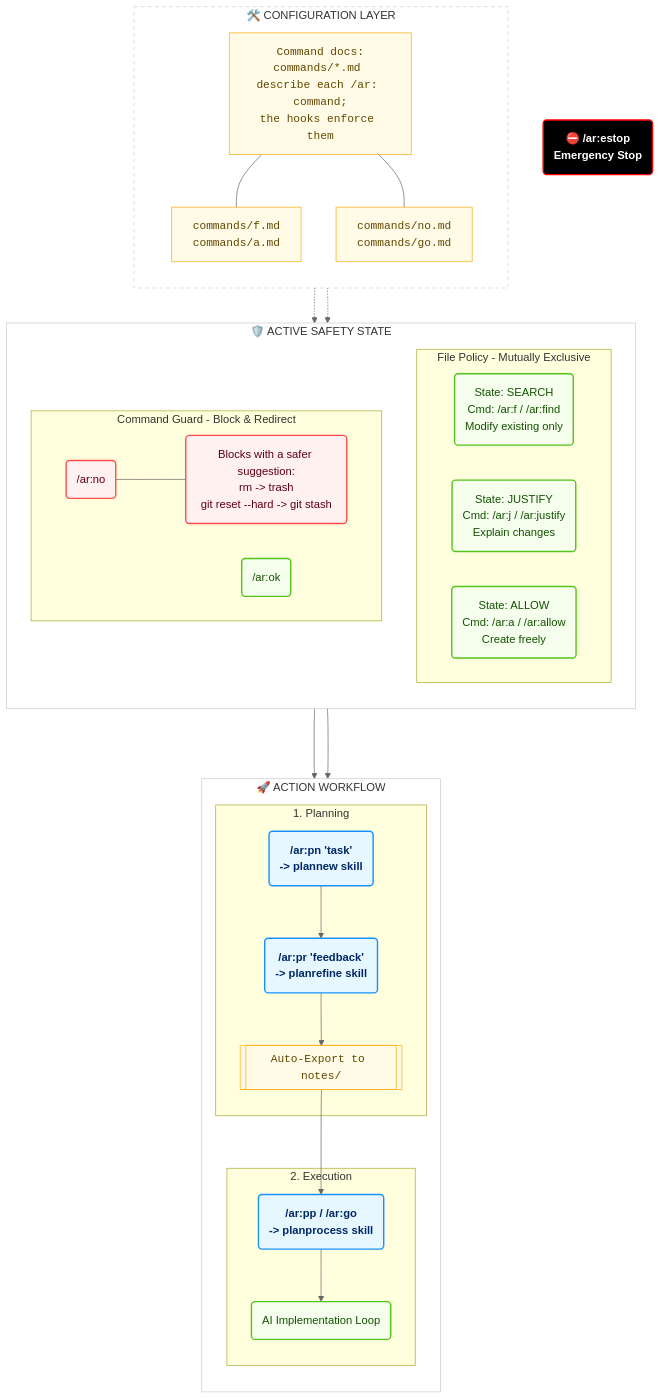
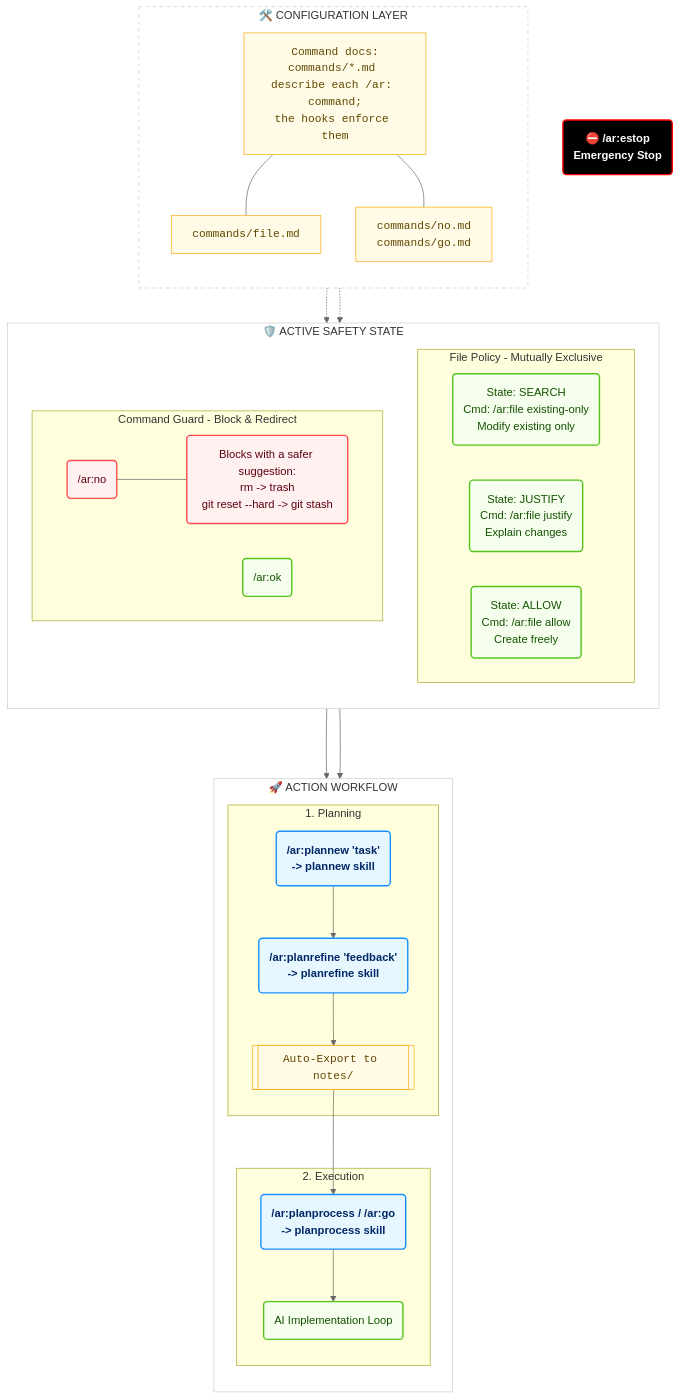
The diagram in autorun-ux.mmd (ahundt/autorun), drawn with Mermaid before and after one commit. The commit also changed 15 other files, not shown here.

```diff
--- a/autorun-ux.mmd
+++ b/autorun-ux.mmd
@@ -1,77 +1,77 @@
 %% Regenerate SVG: npx @mermaid-js/mermaid-cli mmdc -i autorun-ux.mmd -o autorun-ux.svg
 flowchart TD
     %% THEME: Technical, Accurate, Complete
     classDef file fill:#fffbe6,stroke:#faad14,stroke-width:1px,color:#614700,font-family:monospace
     classDef cmd fill:#e6f7ff,stroke:#1890ff,stroke-width:2px,color:#002766,font-weight:bold
     classDef state fill:#f6ffed,stroke:#52c41a,stroke-width:2px,color:#135200
     classDef block fill:#fff1f0,stroke:#ff4d4f,stroke-width:2px,color:#5c0011
     classDef panic fill:#000,stroke:#ff0000,stroke-width:2px,color:#fff,font-weight:bold
 
     %% --- LAYER 1: CONFIGURATION (MD FILES) ---
     subgraph Config [🛠️ CONFIGURATION LAYER]
         direction TB
         Note_MD[Command docs:<br/>commands/*.md describe each /ar: command;<br/>the hooks enforce them]:::file
         
-        Files_Pol[commands/f.md<br/>commands/a.md]:::file
+        Files_Pol[commands/file.md]:::file
         Files_Cmd[commands/no.md<br/>commands/go.md]:::file
         
         Note_MD --- Files_Pol & Files_Cmd
     end
 
     %% --- LAYER 2: ACTIVE SAFETY STATE ---
     subgraph Safety [🛡️ ACTIVE SAFETY STATE]
         direction TB
         
         subgraph File_Pol [File Policy - Mutually Exclusive]
-            P_Find(State: SEARCH<br/>Cmd: /ar:f / /ar:find<br/>Modify existing only):::state
-            P_Just(State: JUSTIFY<br/>Cmd: /ar:j / /ar:justify<br/>Explain changes):::state
-            P_Allow(State: ALLOW<br/>Cmd: /ar:a / /ar:allow<br/>Create freely):::state
+            P_Find(State: SEARCH<br/>Cmd: /ar:file existing-only<br/>Modify existing only):::state
+            P_Just(State: JUSTIFY<br/>Cmd: /ar:file justify<br/>Explain changes):::state
+            P_Allow(State: ALLOW<br/>Cmd: /ar:file allow<br/>Create freely):::state
         end
 
         subgraph Cmd_Block [Command Guard - Block & Redirect]
             Block_Cmd("/ar:no <pattern> [desc]<br/>Stops execution"):::block
             Redirect("Blocks with a safer suggestion:<br/>rm -> trash<br/>git reset --hard -> git stash"):::block
             Allow_Cmd("/ar:ok <pattern><br/>Override a block"):::state
             
             Block_Cmd ~~~ Redirect
         end
     end
 
     %% --- LAYER 3: WORKFLOW ---
     subgraph Workflow [🚀 ACTION WORKFLOW]
         direction TB
         
         subgraph Plan_Phase [1. Planning]
-            W_PN(/ar:pn 'task'<br/>-> plannew skill):::cmd
-            W_PR(/ar:pr 'feedback'<br/>-> planrefine skill):::cmd
+            W_PN(/ar:plannew 'task'<br/>-> plannew skill):::cmd
+            W_PR(/ar:planrefine 'feedback'<br/>-> planrefine skill):::cmd
             W_Export[[Auto-Export to notes/]]:::file
             
             W_PN --> W_PR
             W_PR --> W_Export
         end
         
         subgraph Exec_Phase [2. Execution]
-            W_PP(/ar:pp / /ar:go<br/>-> planprocess skill):::cmd
+            W_PP(/ar:planprocess / /ar:go<br/>-> planprocess skill):::cmd
             AI_Loop(AI Implementation Loop):::state
             
             W_PP --> AI_Loop
         end
     end
 
     %% --- CRITICAL STOP ---
     Stop(⛔ /ar:estop<br/>Emergency Stop):::panic
 
     %% --- CONNECTIONS ---
     Files_Pol -.-> File_Pol
     Files_Cmd -.-> Cmd_Block
     
     File_Pol ===> AI_Loop
     Cmd_Block ===> AI_Loop
     
     W_Export --> W_PP
     
     %% Style adjustments
     linkStyle default stroke:#666,stroke-width:1px
     style Config fill:#fff,stroke:#ccc,stroke-dasharray: 5 5
     style Safety fill:#fff,stroke:#ccc
     style Workflow fill:#fff,stroke:#ccc
```
